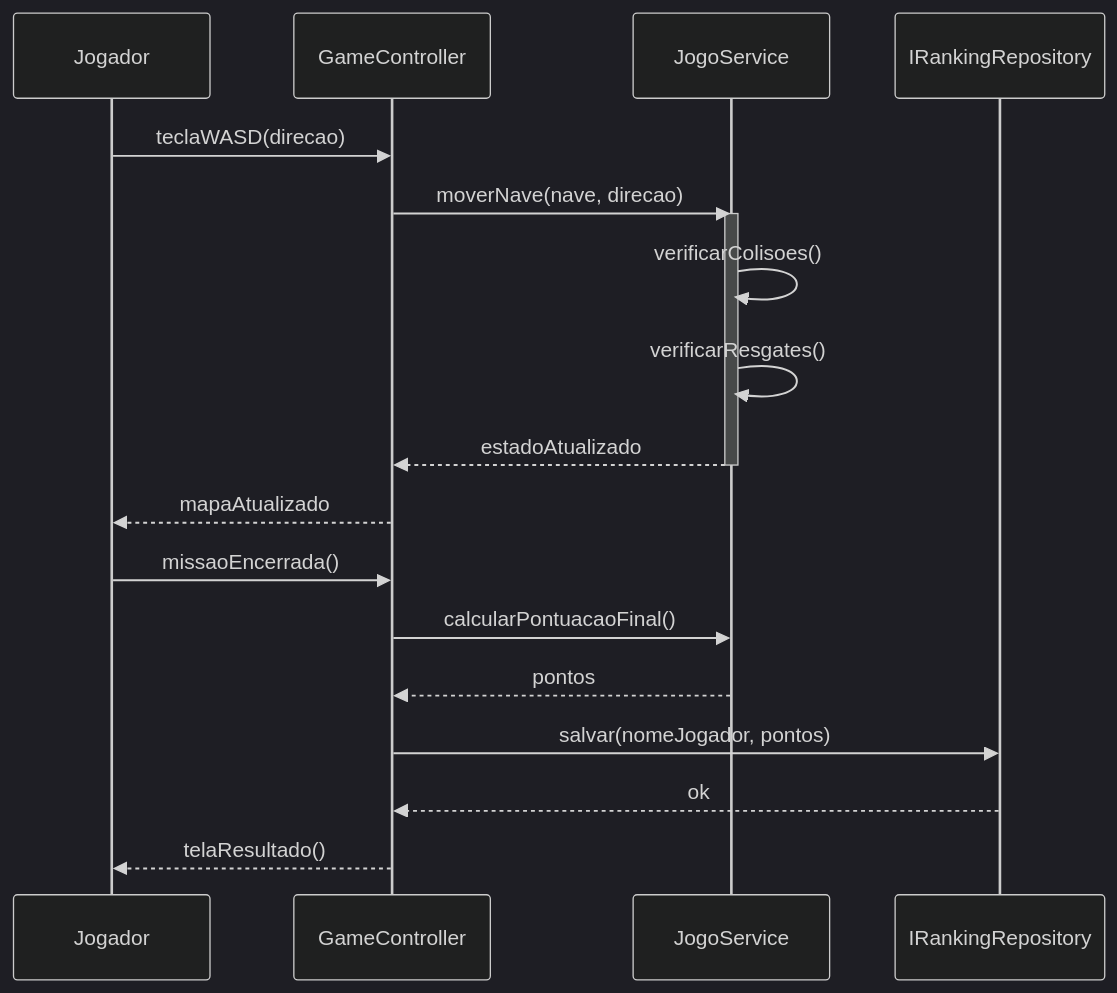
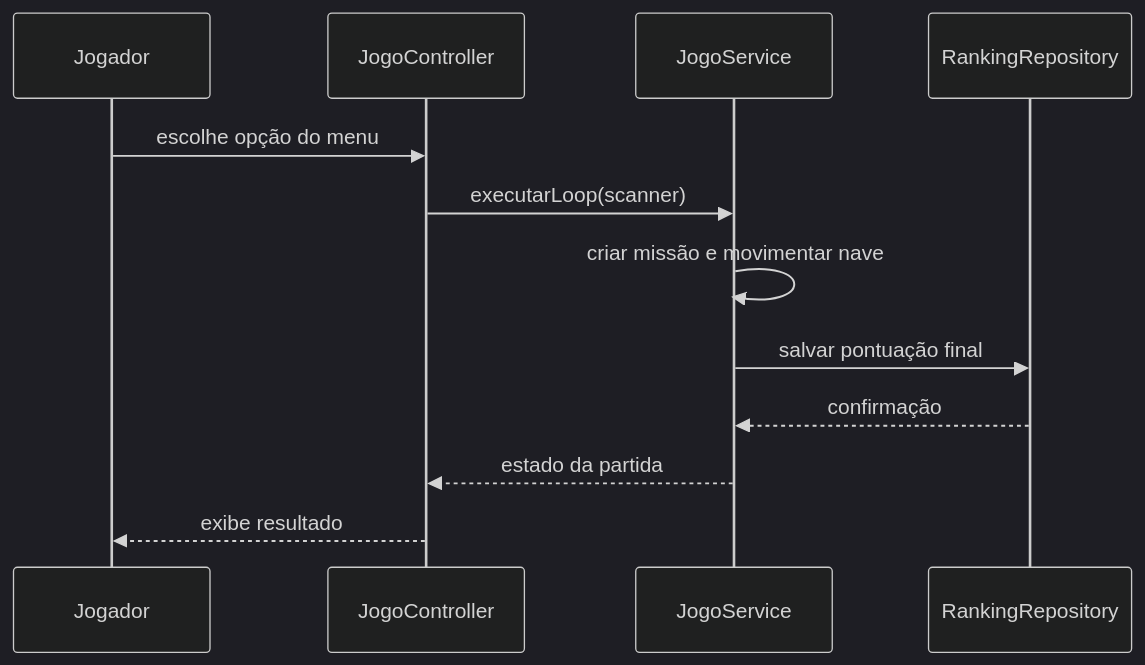
Before and after one commit to ProfBezerra/T200-ProjArqSist: the diagram in missaoMarteUnifor/grasp/apostilas-grasp/controller.md, drawn with Mermaid (dark theme). The commit also changed other lines of this file and 4 other files, not shown here.

````diff
--- a/missaoMarteUnifor/grasp/apostilas-grasp/controller.md
+++ b/missaoMarteUnifor/grasp/apostilas-grasp/controller.md
@@ -30,23 +76,15 @@
 ```mermaid
 sequenceDiagram
   participant Jogador
-  participant GameController
+  participant JogoController
   participant JogoService
-  participant IRankingRepository
+  participant RankingRepository
 
-  Jogador->>GameController: teclaWASD(direcao)
-  GameController->>JogoService: moverNave(nave, direcao)
-  activate JogoService
-  JogoService->>JogoService: verificarColisoes()
-  JogoService->>JogoService: verificarResgates()
-  JogoService-->>GameController: estadoAtualizado
-  deactivate JogoService
-  GameController-->>Jogador: mapaAtualizado
-
-  Jogador->>GameController: missaoEncerrada()
-  GameController->>JogoService: calcularPontuacaoFinal()
-  JogoService-->>GameController: pontos
-  GameController->>IRankingRepository: salvar(nomeJogador, pontos)
-  IRankingRepository-->>GameController: ok
-  GameController-->>Jogador: telaResultado()
+  Jogador->>JogoController: escolhe opção do menu
+  JogoController->>JogoService: executarLoop(scanner)
+  JogoService->>JogoService: criar missão e movimentar nave
+  JogoService->>RankingRepository: salvar pontuação final
+  RankingRepository-->>JogoService: confirmação
+  JogoService-->>JogoController: estado da partida
+  JogoController-->>Jogador: exibe resultado
 ```
````
